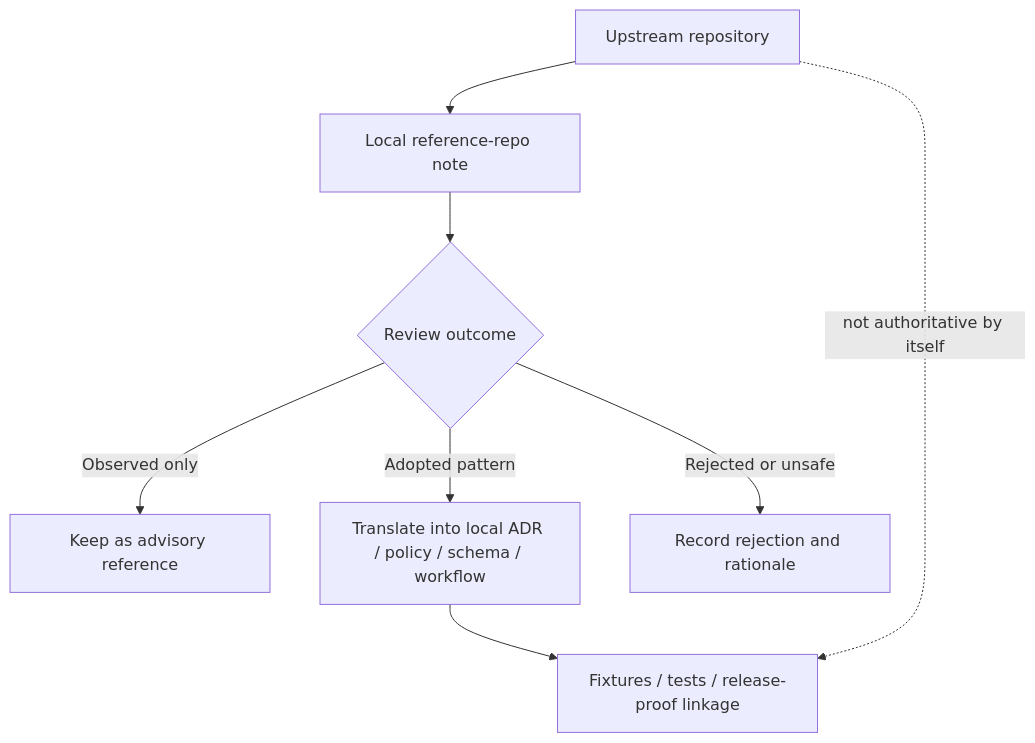
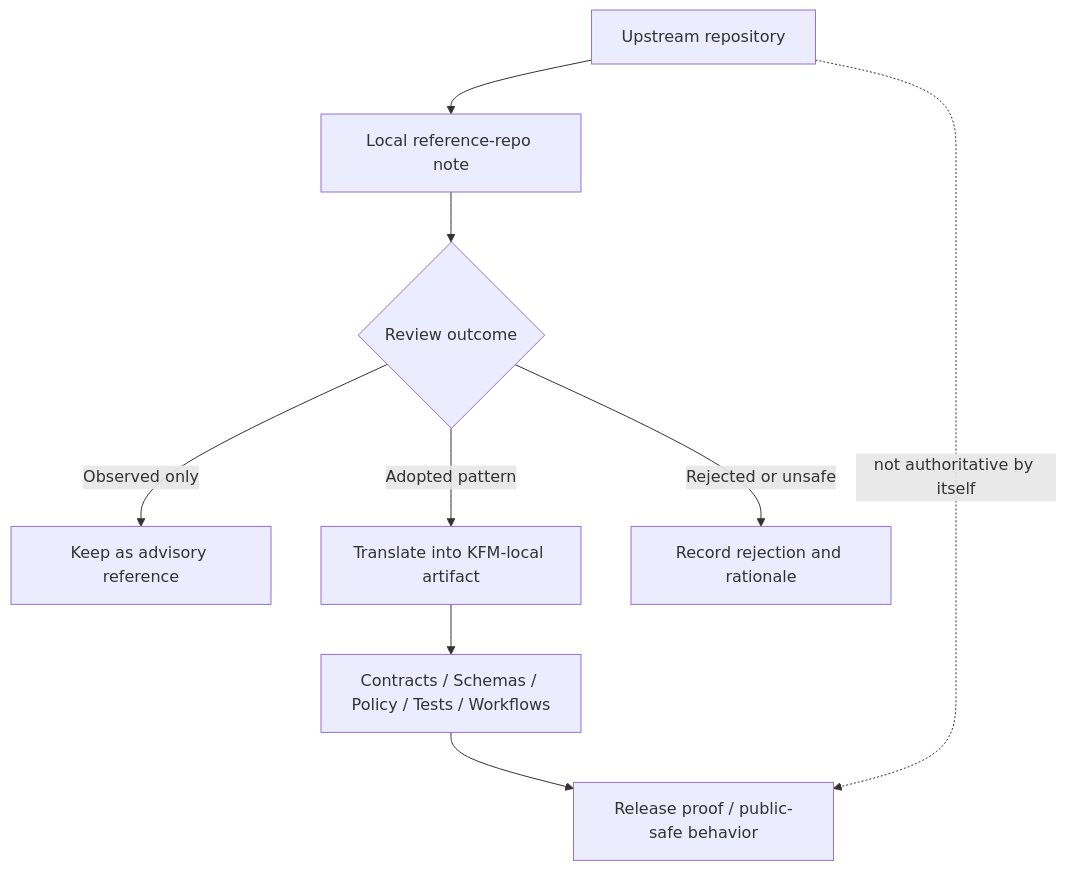
Before and after one commit to bartytime4life/Kansas-Frontier-Matrix: the diagram in docs/security/supply-chain/reference-repos/README.md, drawn with Mermaid. The commit also changed other lines of this file, not shown here.

````diff
--- a/docs/security/supply-chain/reference-repos/README.md
+++ b/docs/security/supply-chain/reference-repos/README.md
@@ -145,10 +162,11 @@
 ```mermaid
 flowchart TD
     A[Upstream repository] --> B[Local reference-repo note]
     B --> C{Review outcome}
     C -->|Observed only| D[Keep as advisory reference]
-    C -->|Adopted pattern| E[Translate into local ADR / policy / schema / workflow]
+    C -->|Adopted pattern| E[Translate into KFM-local artifact]
     C -->|Rejected or unsafe| F[Record rejection and rationale]
-    E --> G[Fixtures / tests / release-proof linkage]
-    A -. "not authoritative by itself" .-> G
+    E --> G[Contracts / Schemas / Policy / Tests / Workflows]
+    G --> H[Release proof / public-safe behavior]
+    A -. "not authoritative by itself" .-> H
 ```
````
